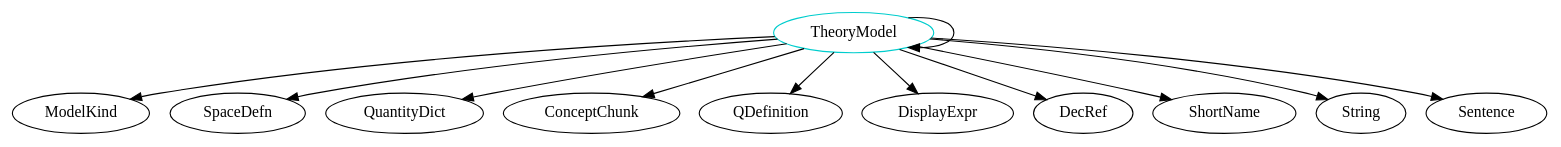
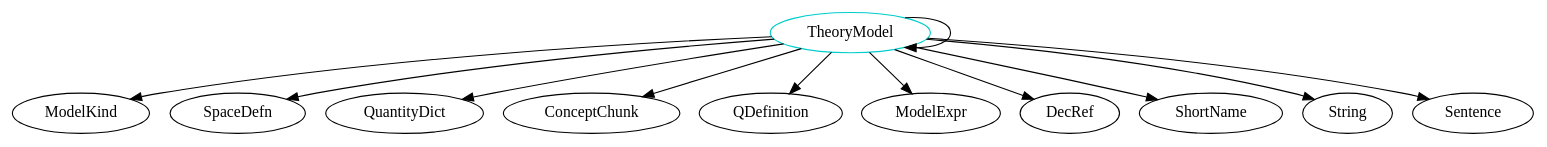
The diagram in analysis/TypeDependencyGraphs/theory/TheoryModel.dot (JacquesCarette/Drasil), drawn with Graphviz before and after one commit. The commit also changed 913 other files, not shown here.

```diff
--- a/analysis/TypeDependencyGraphs/theory/TheoryModel.dot
+++ b/analysis/TypeDependencyGraphs/theory/TheoryModel.dot
@@ -1,14 +1,14 @@
 digraph theorymodel{
 TheoryModel -> ModelKind;
 TheoryModel -> TheoryModel;
 TheoryModel -> SpaceDefn;
 TheoryModel -> QuantityDict;
 TheoryModel -> ConceptChunk;
 TheoryModel -> QDefinition;
-TheoryModel -> DisplayExpr;
+TheoryModel -> ModelExpr;
 TheoryModel -> DecRef;
 TheoryModel -> ShortName;
 TheoryModel -> String;
 TheoryModel -> Sentence;
 TheoryModel	[shape=oval, color=cyan3, label="TheoryModel"];
 }
```
